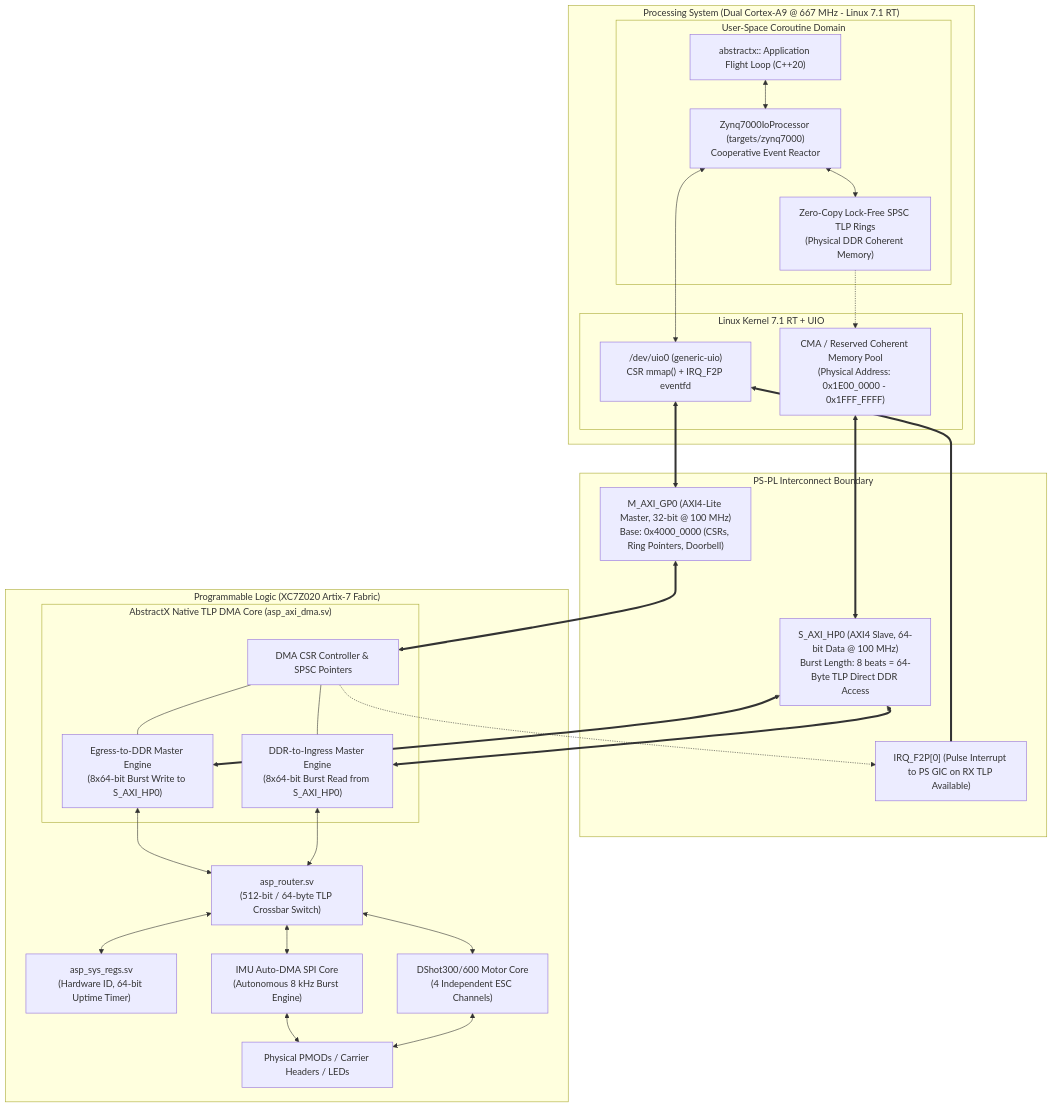
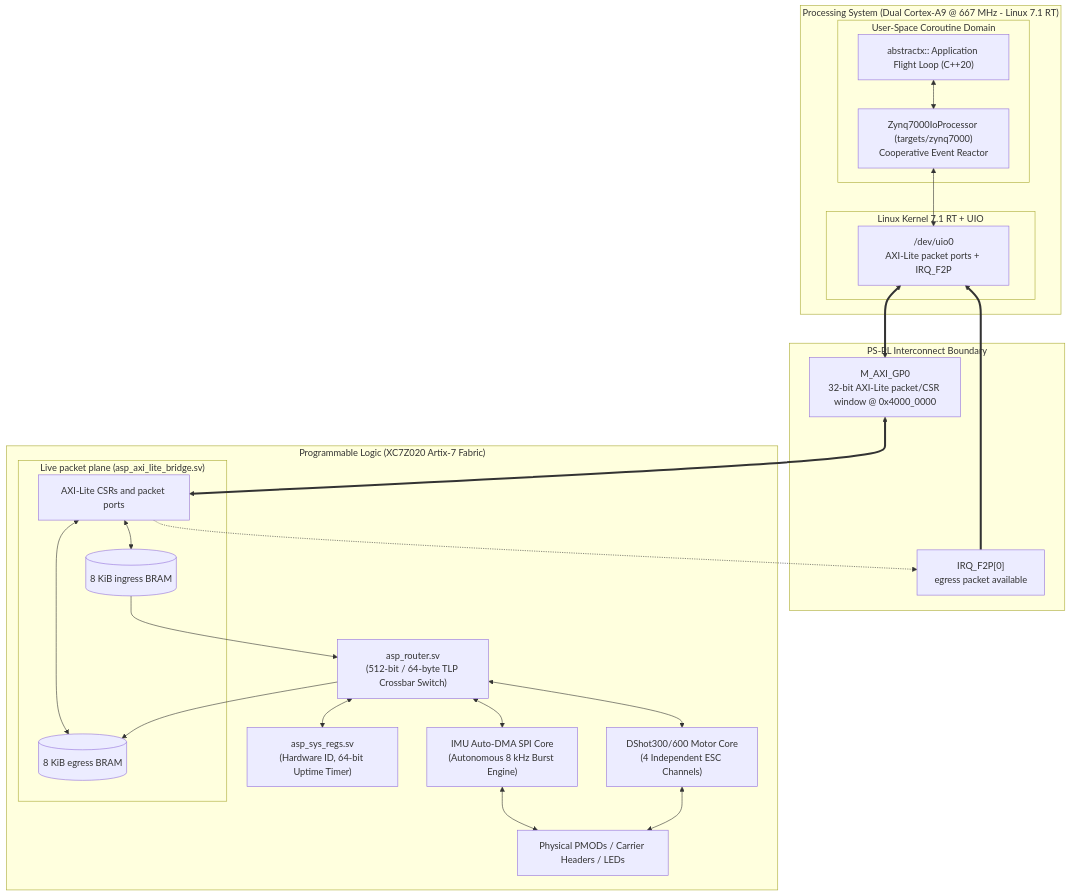
Before and after one commit to tcmichals/AbstractX: the first of 4 diagrams in hw/zynq7000/qmtech_zynq7020/SPECIFICATION.md, drawn with Mermaid. The commit also changed other lines of this file and 96 other files, not shown here.

````diff
--- a/hw/zynq7000/qmtech_zynq7020/SPECIFICATION.md
+++ b/hw/zynq7000/qmtech_zynq7020/SPECIFICATION.md
@@ -28,60 +29,49 @@
 ```mermaid
 flowchart TB
     subgraph PS ["Processing System (Dual Cortex-A9 @ 667 MHz - Linux 7.1 RT)"]
         subgraph UserSpace ["User-Space Coroutine Domain"]
             App["abstractx:: Application Flight Loop (C++20)"]
             IoProc["Zynq7000IoProcessor (targets/zynq7000)<br/>Cooperative Event Reactor"]
-            RingBuf["Zero-Copy Lock-Free SPSC TLP Rings<br/>(Physical DDR Coherent Memory)"]
-            
             App <--> IoProc
-            IoProc <--> RingBuf
         end
         
         subgraph LinuxKernel ["Linux Kernel 7.1 RT + UIO"]
-            UIO["/dev/uio0 (generic-uio)<br/>CSR mmap() + IRQ_F2P eventfd"]
-            CMA["CMA / Reserved Coherent Memory Pool<br/>(Physical Address: 0x1E00_0000 - 0x1FFF_FFFF)"]
-            
+            UIO["/dev/uio0<br/>AXI-Lite packet ports + IRQ_F2P"]
             IoProc <--> UIO
-            RingBuf -.-> CMA
         end
     end
 
     subgraph AXI_Boundary ["PS-PL Interconnect Boundary"]
-        AXI_GP0["M_AXI_GP0 (AXI4-Lite Master, 32-bit @ 100 MHz)<br/>Base: 0x4000_0000 (CSRs, Ring Pointers, Doorbell)"]
-        AXI_HP0["S_AXI_HP0 (AXI4 Slave, 64-bit Data @ 100 MHz)<br/>Burst Length: 8 beats = 64-Byte TLP Direct DDR Access"]
-        IRQ_LINE["IRQ_F2P[0] (Pulse Interrupt to PS GIC on RX TLP Available)"]
+          AXI_GP0["M_AXI_GP0<br/>32-bit AXI-Lite packet/CSR window @ 0x4000_0000"]
+          IRQ_LINE["IRQ_F2P[0]<br/>egress packet available"]
     end
 
     subgraph PL ["Programmable Logic (XC7Z020 Artix-7 Fabric)"]
-        subgraph DMA_Engine ["AbstractX Native TLP DMA Core (asp_axi_dma.sv)"]
-            CsrCtrl["DMA CSR Controller & SPSC Pointers"]
-            RxDma["Egress-to-DDR Master Engine<br/>(8x64-bit Burst Write to S_AXI_HP0)"]
-            TxDma["DDR-to-Ingress Master Engine<br/>(8x64-bit Burst Read from S_AXI_HP0)"]
-            
-            CsrCtrl --- RxDma
-            CsrCtrl --- TxDma
+          subgraph PacketMemory ["Live packet plane (asp_axi_lite_bridge.sv)"]
+            CsrCtrl["AXI-Lite CSRs and packet ports"]
+            IngBram[(8 KiB ingress BRAM)]
+            EgrBram[(8 KiB egress BRAM)]
+            CsrCtrl <--> IngBram
+            CsrCtrl <--> EgrBram
         end
 
         Router["asp_router.sv<br/>(512-bit / 64-byte TLP Crossbar Switch)"]
         SysRegs["asp_sys_regs.sv<br/>(Hardware ID, 64-bit Uptime Timer)"]
         ImuEngine["IMU Auto-DMA SPI Core<br/>(Autonomous 8 kHz Burst Engine)"]
         Dshot["DShot300/600 Motor Core<br/>(4 Independent ESC Channels)"]
         Pins["Physical PMODs / Carrier Headers / LEDs"]
 
-        RxDma <--> Router
-        TxDma <--> Router
+        IngBram --> Router
+        Router --> EgrBram
         Router <--> SysRegs
         Router <--> ImuEngine
         Router <--> Dshot
         ImuEngine <--> Pins
         Dshot <--> Pins
     end
 
     UIO <==> AXI_GP0
     AXI_GP0 <==> CsrCtrl
-    CMA <==> AXI_HP0
-    AXI_HP0 <==> RxDma
-    AXI_HP0 <==> TxDma
     CsrCtrl -.-> IRQ_LINE
     IRQ_LINE ==> UIO
 ```
````
